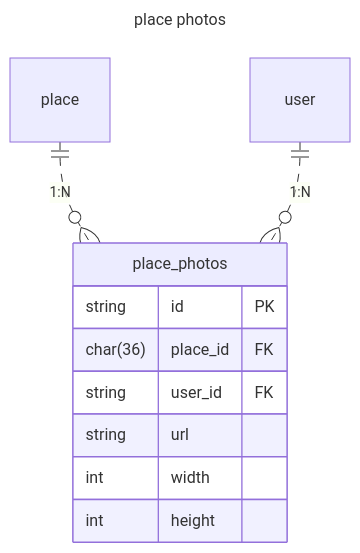
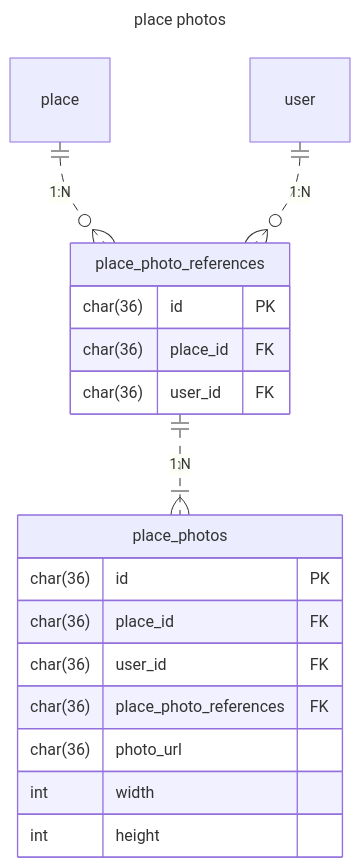
Before and after one commit to poroto-app/planner: the third of 8 diagrams in doc/database/er.md, drawn with Mermaid.

Commit message:
er図修正

````diff
--- a/doc/database/er.md
+++ b/doc/database/er.md
@@ -108,17 +108,24 @@
 ```mermaid
 ---
 title: place photos
 ---
 erDiagram
 	place_photos {
-		string id PK
+		char(36) id PK
 		char(36) place_id FK
-		string user_id FK
-		string url
+		char(36) user_id FK
+        char(36) place_photo_references FK
+		char(36) photo_url
 		int width
 		int height
 	}
+    place_photo_references {
+        char(36) id PK
+        char(36) place_id FK
+        char(36) user_id FK
+    }
 
-	place ||..o{ place_photos: "1:N"
-	user ||..o{ place_photos: "1:N"
+	place ||..o{ place_photo_references: "1:N"
+	user ||..o{ place_photo_references: "1:N"
+    place_photo_references ||..|{ place_photos: "1:N"
 ```
````
